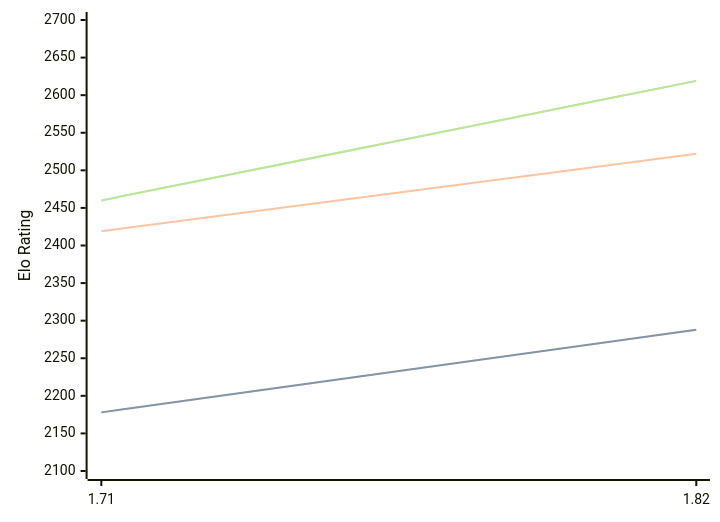
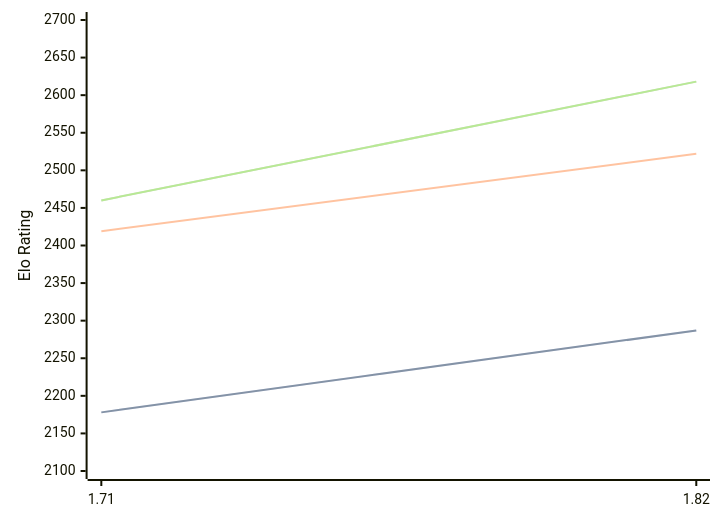
One commit to computer-chess-index/cci changed the diagram in engines/Amira.md. Above: the diagram before and after it, drawn with Mermaid. The commit also changed other lines of this file, not shown here.

Commit message:
Update CCI Ratings (ELO VLTC) - 2026-08-02

````diff
--- a/engines/Amira.md
+++ b/engines/Amira.md
@@ -35,11 +35,11 @@
 ```mermaid
 %%{init: {"theme":"base","themeVariables":{"seriesColors:['#a3a3a3','#222221','#faa371']}}}%%
 xychart-beta
   x-axis ["1.71", "1.82"]
   y-axis "Elo Rating" 2100 --> 2700
-  line "STC (8.0+0.08s)" [2178, 2288]
-  line "STC (8.0+0.08s)" [2178, 2288]
+  line "STC (8.0+0.08s)" [2178, 2287]
+  line "STC (8.0+0.08s)" [2178, 2287]
   line "LTC (60.0+0.60s)" [2419, 2522]
-  line "VLTC (2m24s+1.12s)" [2460, 2619]
-  line "VLTC (2m24s+1.12s)" [2460, 2619]
+  line "VLTC (2m24s+1.12s)" [2460, 2618]
+  line "VLTC (2m24s+1.12s)" [2460, 2618]
 ```
````
